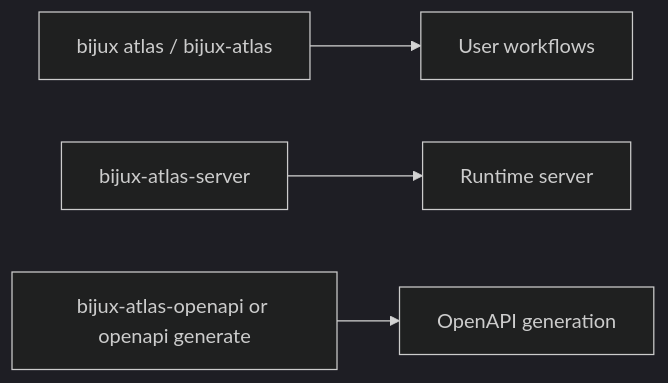
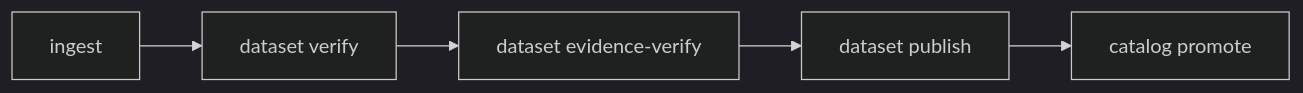
The second of 2 diagrams in docs/bijux-atlas/interfaces/command-surface.md (bijux/bijux-atlas), drawn with Mermaid (dark theme) before and after one commit. The commit also changed other lines of this file and 2 other files, not shown here.

Commit message:
docs(cli): map commands configuration and environment contracts

````diff
--- a/docs/bijux-atlas/interfaces/command-surface.md
+++ b/docs/bijux-atlas/interfaces/command-surface.md
@@ -42,6 +65,7 @@
 ```mermaid
 flowchart LR
-    AtlasCLI[bijux atlas / bijux-atlas] --> UserWorkflows[User workflows]
-    ServerCLI[bijux-atlas-server] --> Runtime[Runtime server]
-    OpenAPICLI[bijux-atlas-openapi or openapi generate] --> Contracts[OpenAPI generation]
+    Ingest[ingest] --> Verify[dataset verify]
+    Verify --> Evidence[dataset evidence-verify]
+    Evidence --> Publish[dataset publish]
+    Publish --> Promote[catalog promote]
 ```
````
